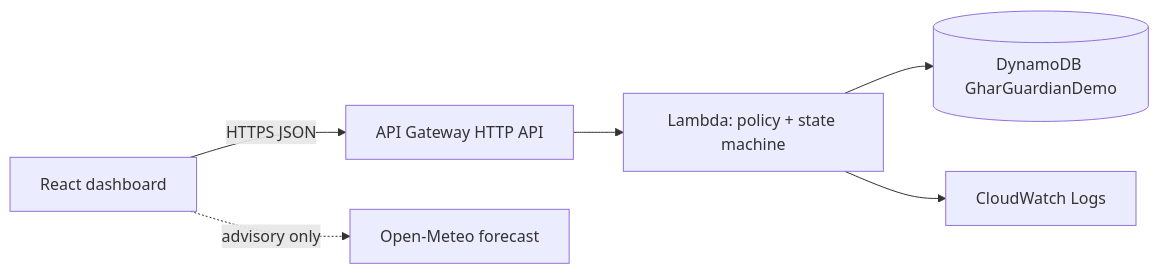
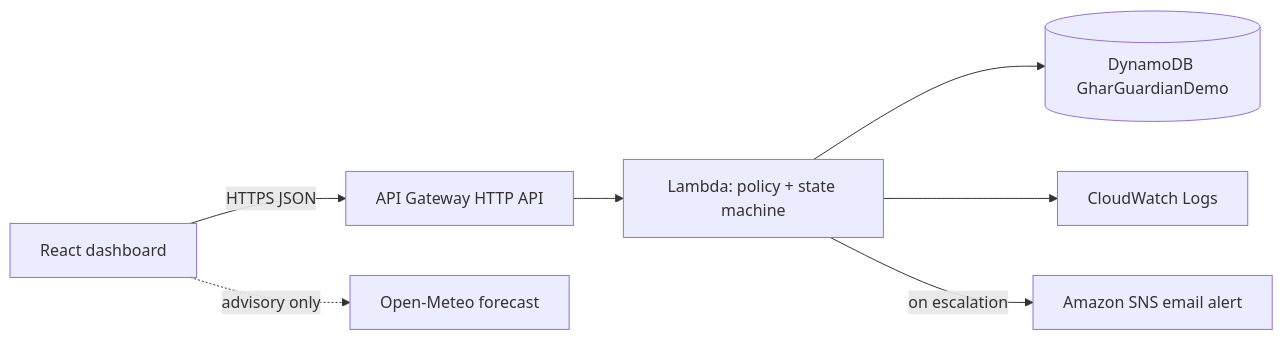
Before and after one commit to Afrin26S/ghar-guardian: the diagram in README.md, drawn with Mermaid. The commit also changed other lines of this file, not shown here.

First line of the commit message:
Polish README: real vs simulated, SNS alerts, architecture image, config

````diff
--- a/README.md
+++ b/README.md
@@ -32,8 +42,9 @@
 ```mermaid
 flowchart LR
   UI[React dashboard] -->|HTTPS JSON| API[API Gateway HTTP API]
   API --> L[Lambda: policy + state machine]
   L --> D[(DynamoDB GharGuardianDemo)]
   L --> C[CloudWatch Logs]
+  L -->|on escalation| N[Amazon SNS email alert]
   UI -.->|advisory only| W[Open-Meteo forecast]
 ```
````
